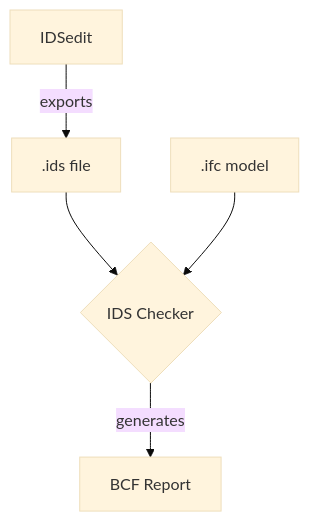
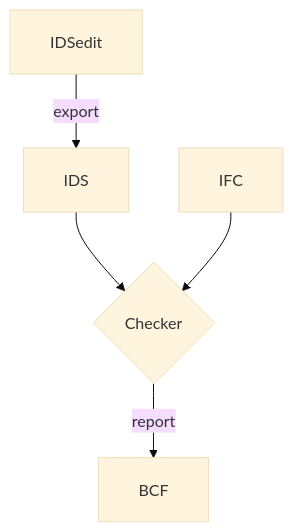
Before and after one commit to louistrue/ids-flow: the diagram in ids-docs/developer-guide.md, drawn with Mermaid (base theme). The commit also changed 1 other file, not shown here.

Commit message:
Fix Mermaid text truncation with proper flowchart config

````diff
--- a/ids-docs/developer-guide.md
+++ b/ids-docs/developer-guide.md
@@ -174,7 +174,8 @@
 ```mermaid
+%%{init: {'flowchart': {'useMaxWidth': false, 'padding': 20}}}%%
 flowchart TD
-    A[IDSedit] -->|exports| B[.ids file]
-    B --> C{IDS Checker}
-    D[.ifc model] --> C
-    C -->|generates| E[BCF Report]
+    A[IDSedit] -->|export| B[IDS]
+    B --> C{Checker}
+    D[IFC] --> C
+    C -->|report| E[BCF]
 ```
````
